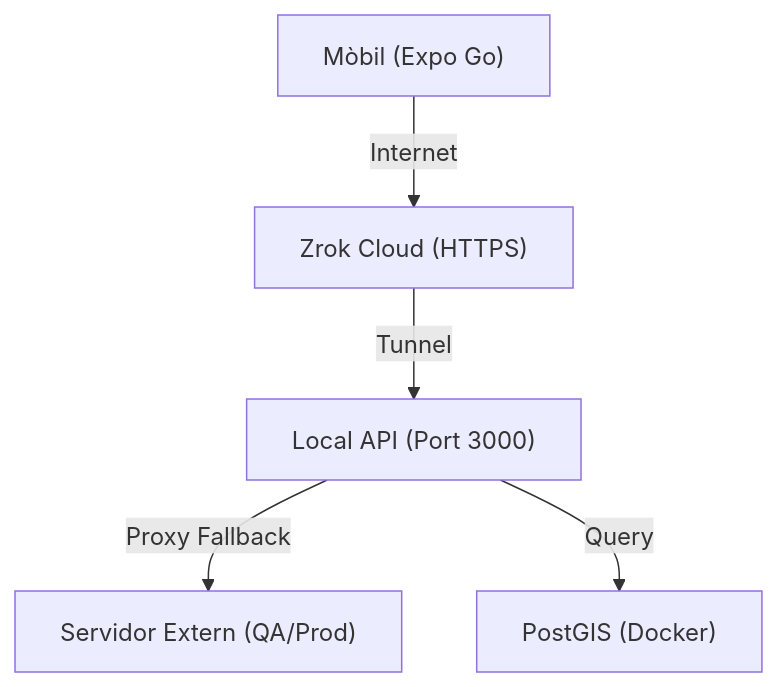
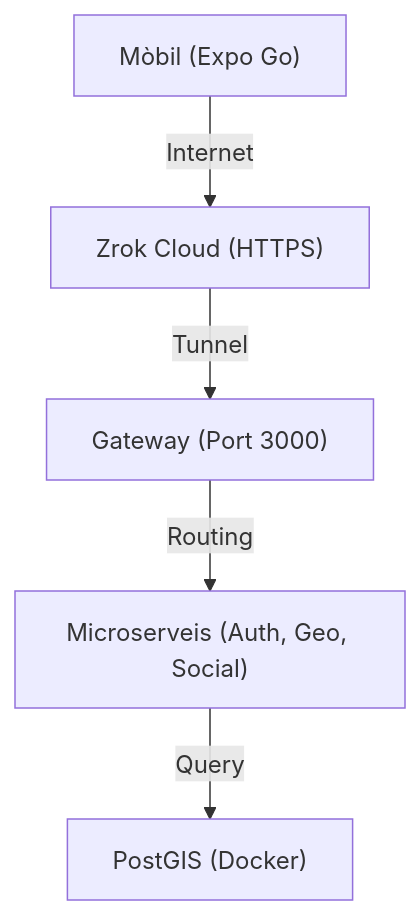
Before and after one commit to cdc-grup/app_lattice_project: the diagram in docs/SETUP_GUIDE.md, drawn with Mermaid. The commit also changed other lines of this file and 29 other files, not shown here.

Commit message:
feat: Initialize service structures with dependency type installations, add a geo-service Dockerfile, and refactor the gateway.

````diff
--- a/docs/SETUP_GUIDE.md
+++ b/docs/SETUP_GUIDE.md
@@ -73,7 +80,7 @@
 ```mermaid
 graph TD
     A["Mòbil (Expo Go)"] -- "Internet" --> B["Zrok Cloud (HTTPS)"]
-    B -- "Tunnel" --> C["Local API (Port 3000)"]
-    C -- "Proxy Fallback" --> D["Servidor Extern (QA/Prod)"]
-    C -- "Query" --> E["PostGIS (Docker)"]
+    B -- "Tunnel" --> C["Gateway (Port 3000)"]
+    C -- "Routing" --> D["Microserveis (Auth, Geo, Social)"]
+    D -- "Query" --> E["PostGIS (Docker)"]
 ```
````
